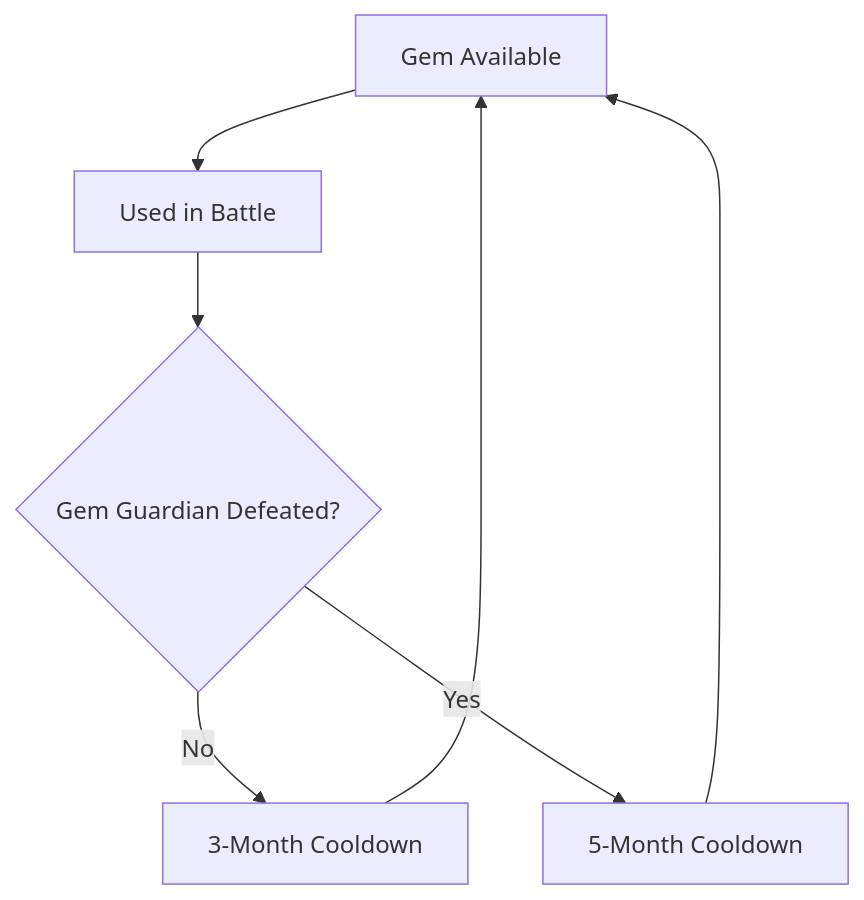
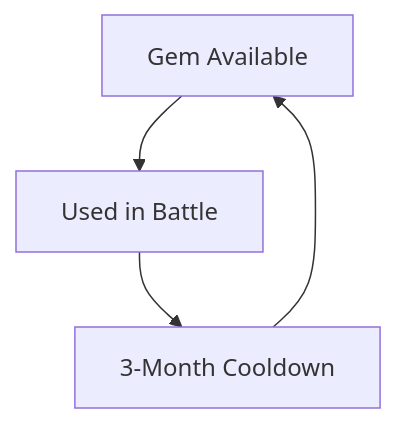
One commit to pslotinsky/kunstkamera changed the second of 4 diagrams in gemstorm/docs/spec/07-gem-system.md. Above: the diagram before and after it, drawn with Mermaid. The commit also changed other lines of this file and 11 other files, not shown here.

Commit message:
feat(gemstorm): rework Fifth Units, Gem rest, and abandoned land after battle

````diff
--- a/gemstorm/docs/spec/07-gem-system.md
+++ b/gemstorm/docs/spec/07-gem-system.md
@@ -185,15 +185,10 @@
 ```mermaid
 flowchart TD
     Available["Gem Available"]
     Battle["Used in Battle"]
-    Defeated{"Gem Guardian Defeated?"}
     Cooldown3["3-Month Cooldown"]
-    Cooldown5["5-Month Cooldown"]
 
     Available --> Battle
-    Battle --> Defeated
-    Defeated -->|No| Cooldown3
-    Defeated -->|Yes| Cooldown5
+    Battle --> Cooldown3
     Cooldown3 --> Available
-    Cooldown5 --> Available
 ```
````
